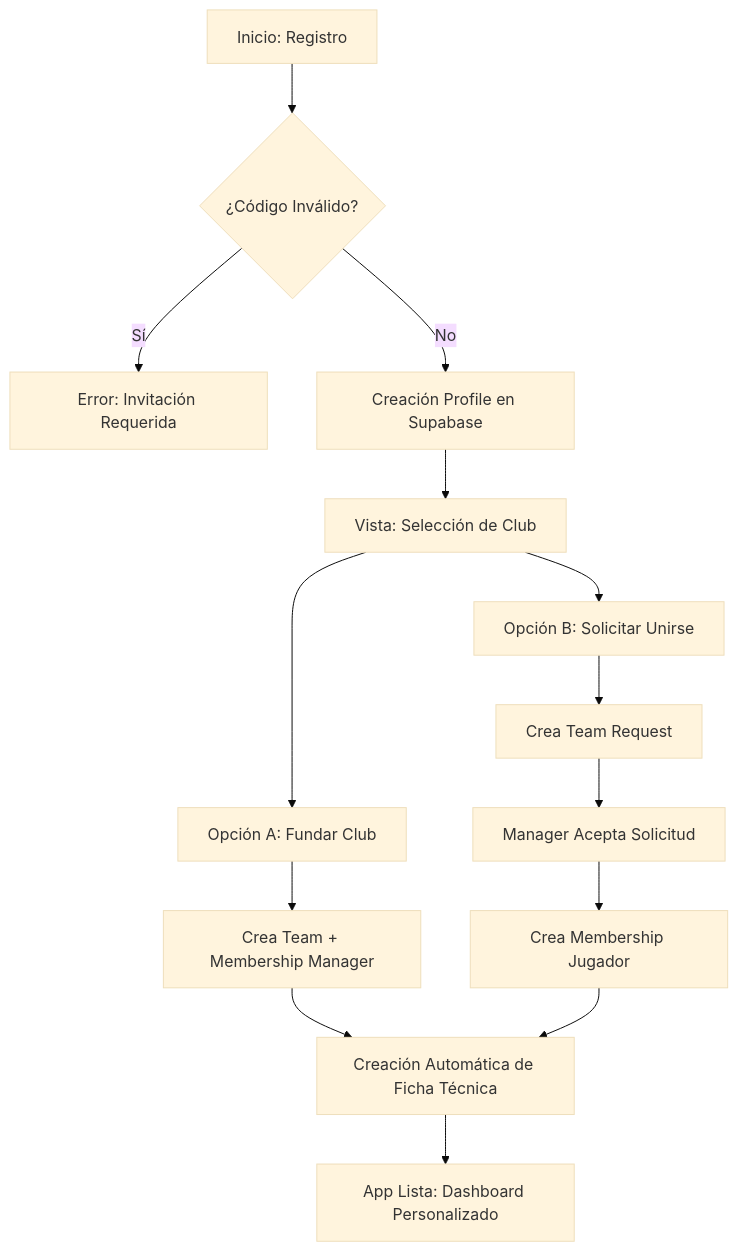
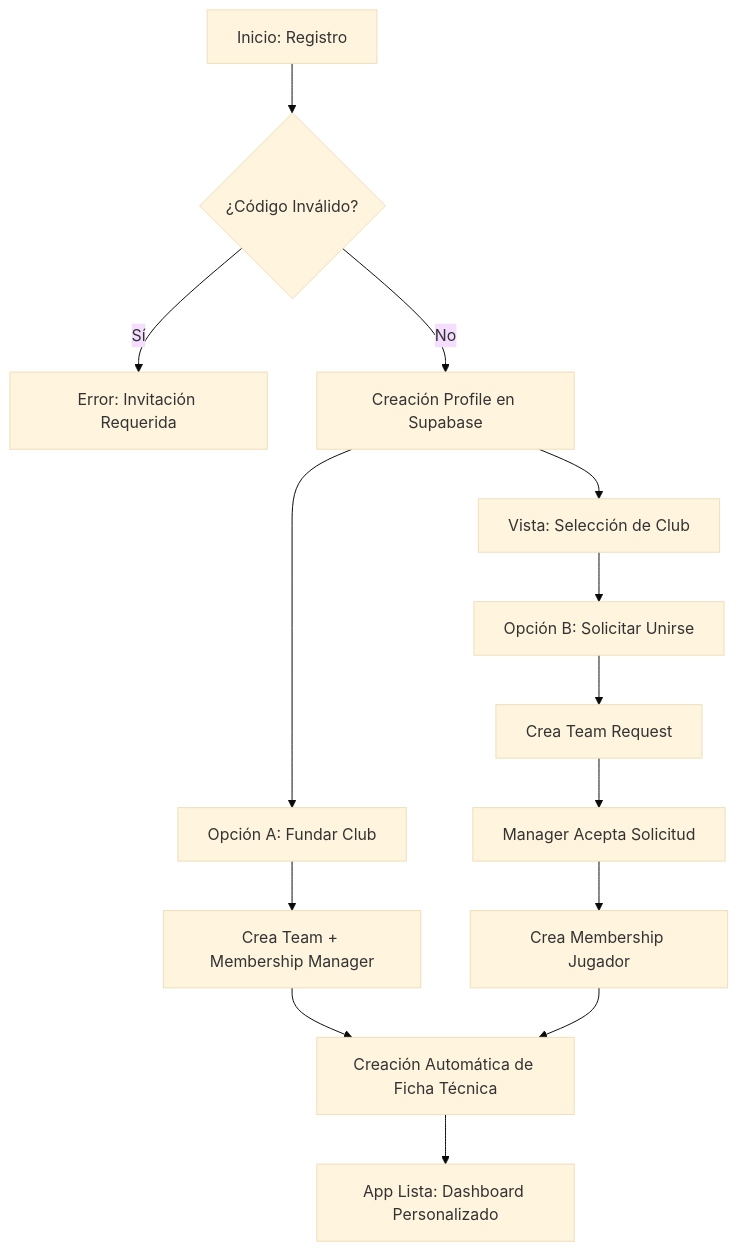
The first of 2 diagrams in docs/architecture.md (YeibiBlund/JB-SQUAD-ELITE), drawn with Mermaid (base theme) before and after one commit. The commit also changed other lines of this file and 7 other files, not shown here.

````diff
--- a/docs/architecture.md
+++ b/docs/architecture.md
@@ -22,16 +22,16 @@
 ```mermaid
 graph TD
     A[Inicio: Registro] --> B{¿Código Inválido?}
     B -- Sí --> C[Error: Invitación Requerida]
     B -- No --> D[Creación Profile en Supabase]
     D --> E[Vista: Selección de Club]
-    E --> F[Opción A: Fundar Club]
     E --> G[Opción B: Solicitar Unirse]
+    D --> F[Opción A: Fundar Club]
     F --> H[Crea Team + Membership Manager]
     G --> I[Crea Team Request]
     I --> J[Manager Acepta Solicitud]
     J --> K[Crea Membership Jugador]
     H --> L[Creación Automática de Ficha Técnica]
     K --> L
     L --> M[App Lista: Dashboard Personalizado]
 ```
````
